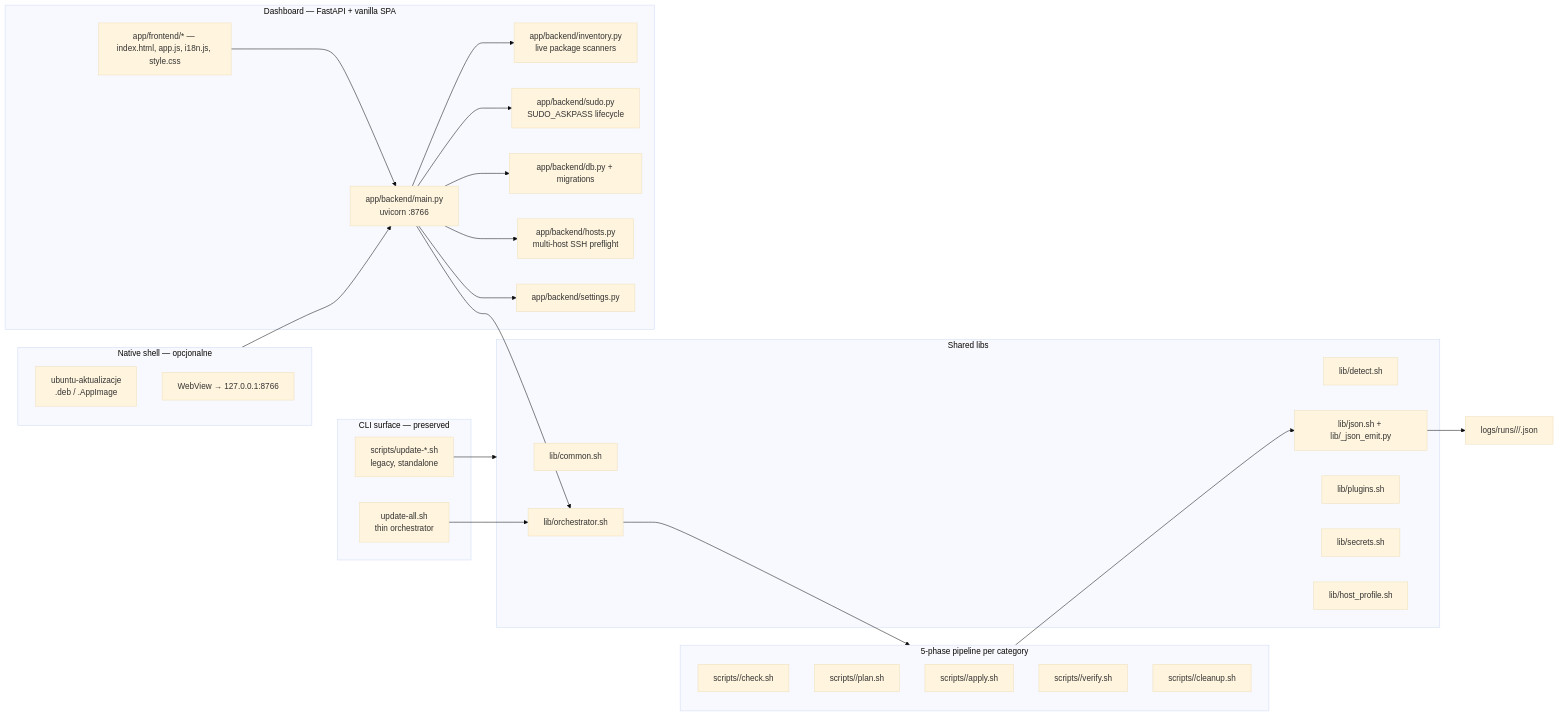
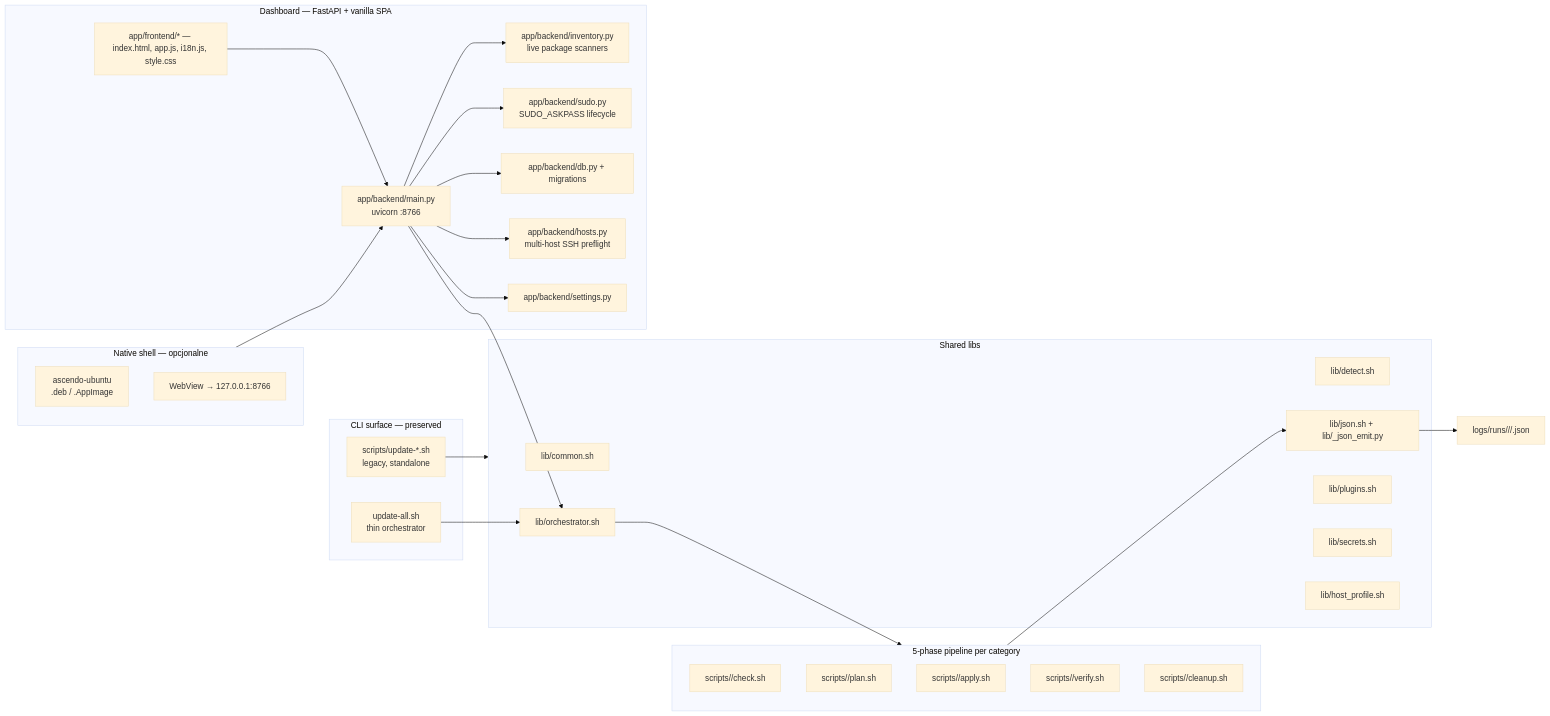
The first of 5 diagrams in docs/PROJECT_MAP.md (KasprowiczM/Ubuntu_Aktualizacje), drawn with Mermaid (base theme) before and after one commit. The commit also changed other lines of this file and 275 other files, not shown here.

Commit message:
chore: rename package to ascendo-ubuntu v0.4.0 and update launcher lifecycle

````diff
--- a/docs/PROJECT_MAP.md
+++ b/docs/PROJECT_MAP.md
@@ -7,50 +7,50 @@
 ```mermaid
 flowchart LR
     subgraph CLI[CLI surface — preserved]
         L1[scripts/update-*.sh<br/>legacy, standalone]
         L2[update-all.sh<br/>thin orchestrator]
     end
     subgraph Phases[5-phase pipeline per category]
         P1[scripts/<cat>/check.sh]
         P2[scripts/<cat>/plan.sh]
         P3[scripts/<cat>/apply.sh]
         P4[scripts/<cat>/verify.sh]
         P5[scripts/<cat>/cleanup.sh]
     end
     subgraph Lib[Shared libs]
         Common[lib/common.sh]
         Detect[lib/detect.sh]
         Json[lib/json.sh + lib/_json_emit.py]
         Orch[lib/orchestrator.sh]
         Plug[lib/plugins.sh]
         Sec[lib/secrets.sh]
         HP[lib/host_profile.sh]
     end
     subgraph Dashboard[Dashboard — FastAPI + vanilla SPA]
         Backend[app/backend/main.py<br/>uvicorn :8766]
         Inv[app/backend/inventory.py<br/>live package scanners]
         Sudo[app/backend/sudo.py<br/>SUDO_ASKPASS lifecycle]
         DBmod[app/backend/db.py + migrations]
         Hosts[app/backend/hosts.py<br/>multi-host SSH preflight]
         Settings[app/backend/settings.py]
         Front[app/frontend/* — index.html, app.js, i18n.js, style.css]
     end
     subgraph Tauri[Native shell — opcjonalne]
-        Bin[ubuntu-aktualizacje<br/>.deb / .AppImage]
+        Bin[ascendo-ubuntu<br/>.deb / .AppImage]
         Webview[WebView → 127.0.0.1:8766]
     end
 
     L1 --> Lib
     L2 --> Orch
     Orch --> Phases
     Phases --> Json
     Json --> Sidecar[logs/runs/<id>/<cat>/<phase>.json]
     Backend --> Orch
     Backend --> Inv
     Backend --> Sudo
     Backend --> DBmod
     Backend --> Hosts
     Backend --> Settings
     Front --> Backend
     Tauri --> Backend
 ```
````
